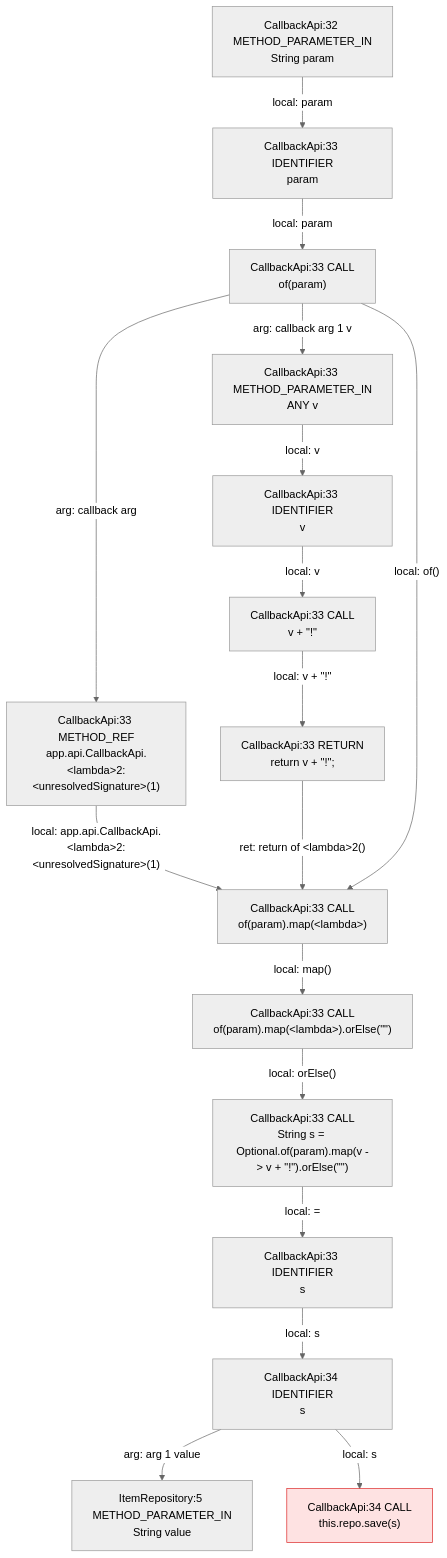
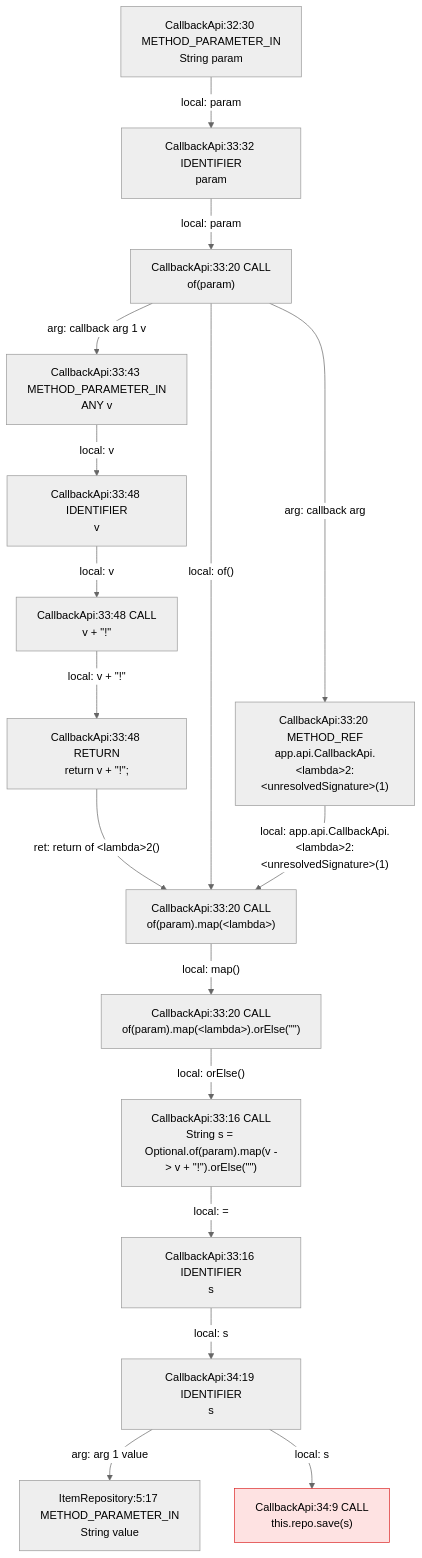
One commit to gstiebler/codeflow changed the third of 6 diagrams in spike/fixtures/callbacks/truth.md. Above: the diagram before and after it, drawn with Mermaid (neutral theme). The commit also changed other lines of this file and 154 other files, not shown here.

````diff
--- a/spike/fixtures/callbacks/truth.md
+++ b/spike/fixtures/callbacks/truth.md
@@ -60,35 +60,35 @@
 ```mermaid
 flowchart TD
-  c0["CallbackApi:32 METHOD_PARAMETER_IN<br/>String param"]
-  c1["CallbackApi:33 CALL<br/>String s = Optional.of(param).map(v -#gt; v + #quot;!#quot;).orElse(#quot;#quot;)"]
-  c2["CallbackApi:33 CALL<br/>of(param)"]
-  c3["CallbackApi:33 CALL<br/>of(param).map(#lt;lambda#gt;)"]
-  c4["CallbackApi:33 CALL<br/>of(param).map(#lt;lambda#gt;).orElse(#quot;#quot;)"]
-  c5["CallbackApi:33 CALL<br/>v + #quot;!#quot;"]
-  c6["CallbackApi:33 IDENTIFIER<br/>param"]
-  c7["CallbackApi:33 IDENTIFIER<br/>s"]
-  c8["CallbackApi:33 IDENTIFIER<br/>v"]
-  c9["CallbackApi:33 METHOD_PARAMETER_IN<br/>ANY v"]
-  c10["CallbackApi:33 METHOD_REF<br/>app.api.CallbackApi.#lt;lambda#gt;2:#lt;unresolvedSignature#gt;(1)"]
-  c11["CallbackApi:33 RETURN<br/>return v + #quot;!#quot;;"]
-  c12["CallbackApi:34 CALL<br/>this.repo.save(s)"]
-  style c12 fill:#fee2e2,stroke:#dc2626
-  c13["CallbackApi:34 IDENTIFIER<br/>s"]
-  c14["ItemRepository:5 METHOD_PARAMETER_IN<br/>String value"]
-  c0 -->|"local: param"| c6
-  c1 -->|"local: ="| c7
-  c10 -->|"local: app.api.CallbackApi.#lt;lambda#gt;2:#lt;unresolvedSignature#gt;(1)"| c3
-  c11 -->|"ret: return of #lt;lambda#gt;2()"| c3
-  c13 -->|"arg: arg 1 value"| c14
-  c13 -->|"local: s"| c12
-  c2 -->|"arg: callback arg 1 v"| c9
-  c2 -->|"arg: callback arg"| c10
-  c2 -->|"local: of()"| c3
-  c3 -->|"local: map()"| c4
-  c4 -->|"local: orElse()"| c1
-  c5 -->|"local: v + #quot;!#quot;"| c11
-  c6 -->|"local: param"| c2
-  c7 -->|"local: s"| c13
-  c8 -->|"local: v"| c5
-  c9 -->|"local: v"| c8
+  c0["CallbackApi:32:30 METHOD_PARAMETER_IN<br/>String param"]
+  c1["CallbackApi:33:16 CALL<br/>String s = Optional.of(param).map(v -#gt; v + #quot;!#quot;).orElse(#quot;#quot;)"]
+  c2["CallbackApi:33:16 IDENTIFIER<br/>s"]
+  c3["CallbackApi:33:20 CALL<br/>of(param)"]
+  c4["CallbackApi:33:20 CALL<br/>of(param).map(#lt;lambda#gt;)"]
+  c5["CallbackApi:33:20 CALL<br/>of(param).map(#lt;lambda#gt;).orElse(#quot;#quot;)"]
+  c6["CallbackApi:33:20 METHOD_REF<br/>app.api.CallbackApi.#lt;lambda#gt;2:#lt;unresolvedSignature#gt;(1)"]
+  c7["CallbackApi:33:32 IDENTIFIER<br/>param"]
+  c8["CallbackApi:33:43 METHOD_PARAMETER_IN<br/>ANY v"]
+  c9["CallbackApi:33:48 CALL<br/>v + #quot;!#quot;"]
+  c10["CallbackApi:33:48 IDENTIFIER<br/>v"]
+  c11["CallbackApi:33:48 RETURN<br/>return v + #quot;!#quot;;"]
+  c12["CallbackApi:34:19 IDENTIFIER<br/>s"]
+  c13["CallbackApi:34:9 CALL<br/>this.repo.save(s)"]
+  style c13 fill:#fee2e2,stroke:#dc2626
+  c14["ItemRepository:5:17 METHOD_PARAMETER_IN<br/>String value"]
+  c0 -->|"local: param"| c7
+  c1 -->|"local: ="| c2
+  c10 -->|"local: v"| c9
+  c11 -->|"ret: return of #lt;lambda#gt;2()"| c4
+  c12 -->|"arg: arg 1 value"| c14
+  c12 -->|"local: s"| c13
+  c2 -->|"local: s"| c12
+  c3 -->|"arg: callback arg 1 v"| c8
+  c3 -->|"arg: callback arg"| c6
+  c3 -->|"local: of()"| c4
+  c4 -->|"local: map()"| c5
+  c5 -->|"local: orElse()"| c1
+  c6 -->|"local: app.api.CallbackApi.#lt;lambda#gt;2:#lt;unresolvedSignature#gt;(1)"| c4
+  c7 -->|"local: param"| c3
+  c8 -->|"local: v"| c10
+  c9 -->|"local: v + #quot;!#quot;"| c11
 ```
````
